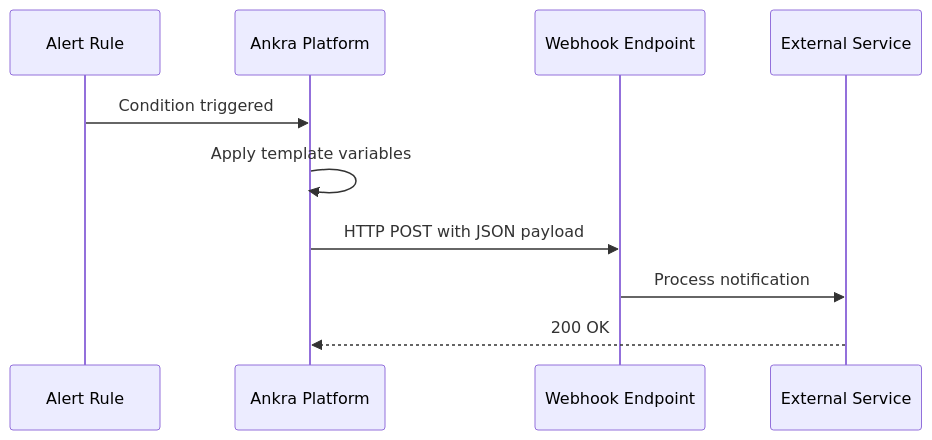
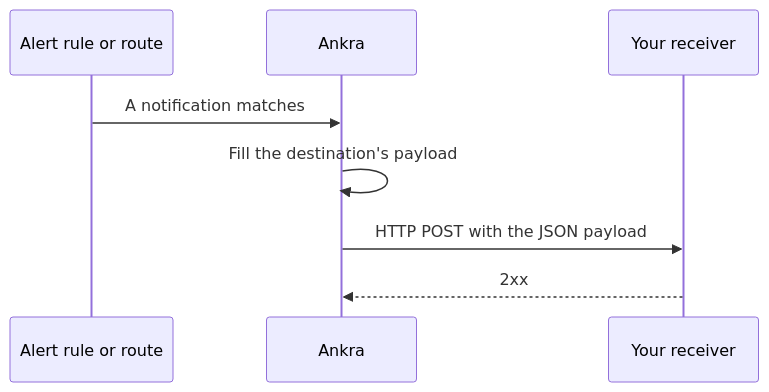
Before and after one commit to ankraio/ankra-docs: the diagram in guides/webhooks.mdx, drawn with Mermaid. The commit also changed other lines of this file and 22 other files, not shown here.

````diff
--- a/guides/webhooks.mdx
+++ b/guides/webhooks.mdx
@@ -24,13 +10,11 @@
 ```mermaid
 sequenceDiagram
-    participant Alert as Alert Rule
-    participant Ankra as Ankra Platform
-    participant Webhook as Webhook Endpoint
-    participant Service as External Service
-    
-    Alert->>Ankra: Condition triggered
-    Ankra->>Ankra: Apply template variables
-    Ankra->>Webhook: HTTP POST with JSON payload
-    Webhook->>Service: Process notification
-    Service-->>Ankra: 200 OK
+    participant Rule as Alert rule or route
+    participant Ankra as Ankra
+    participant Receiver as Your receiver
+
+    Rule->>Ankra: A notification matches
+    Ankra->>Ankra: Fill the destination's payload
+    Ankra->>Receiver: HTTP POST with the JSON payload
+    Receiver-->>Ankra: 2xx
 ```
````
